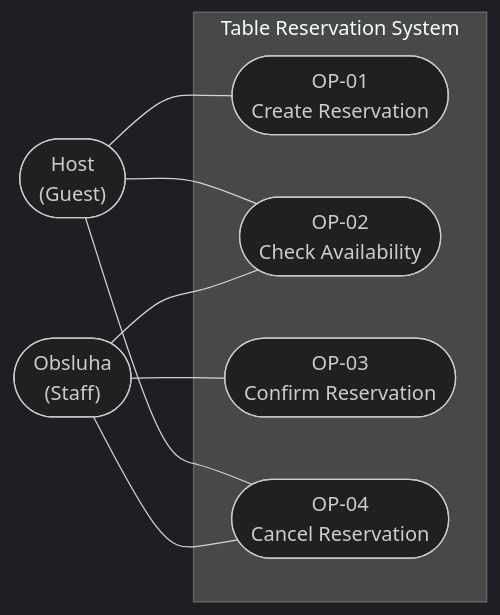
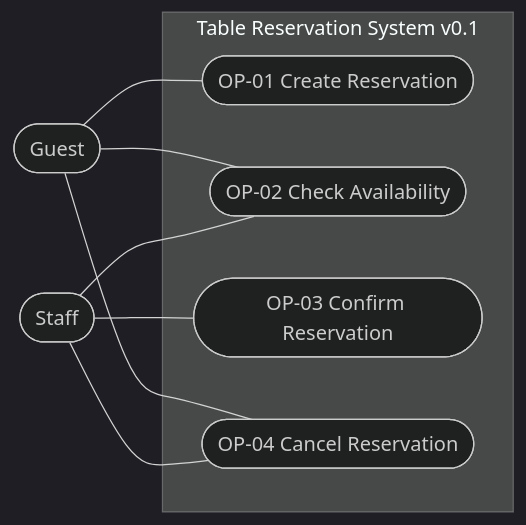
The first of 2 diagrams in docs/diagrams/use-case.md (jaroslavpetera/swi_project), drawn with Mermaid (dark theme) before and after one commit. The commit also changed other lines of this file and 25 other files, not shown here.

````diff
--- a/docs/diagrams/use-case.md
+++ b/docs/diagrams/use-case.md
@@ -6,19 +11,17 @@
 ```mermaid
 flowchart LR
-    guest(["Host<br/>(Guest)"])
-    staff(["Obsluha<br/>(Staff)"])
-
-    subgraph system["Table Reservation System"]
-        uc1(["OP-01<br/>Create Reservation"])
-        uc2(["OP-02<br/>Check Availability"])
-        uc3(["OP-03<br/>Confirm Reservation"])
-        uc4(["OP-04<br/>Cancel Reservation"])
+    guest([Guest])
+    staff([Staff])
+    subgraph system[Table Reservation System v0.1]
+        create([OP-01 Create Reservation])
+        available([OP-02 Check Availability])
+        confirm([OP-03 Confirm Reservation])
+        cancel([OP-04 Cancel Reservation])
     end
-
-    guest --- uc1
-    guest --- uc2
-    guest --- uc4
-    staff --- uc2
-    staff --- uc3
-    staff --- uc4
+    guest --- create
+    guest --- available
+    guest --- cancel
+    staff --- available
+    staff --- confirm
+    staff --- cancel
 ```
````
